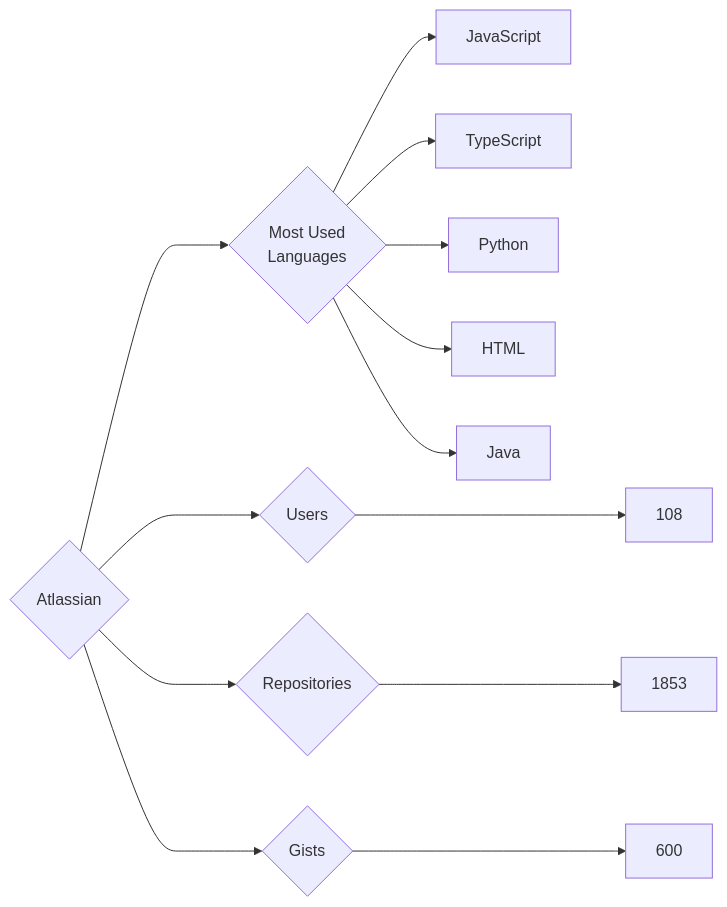
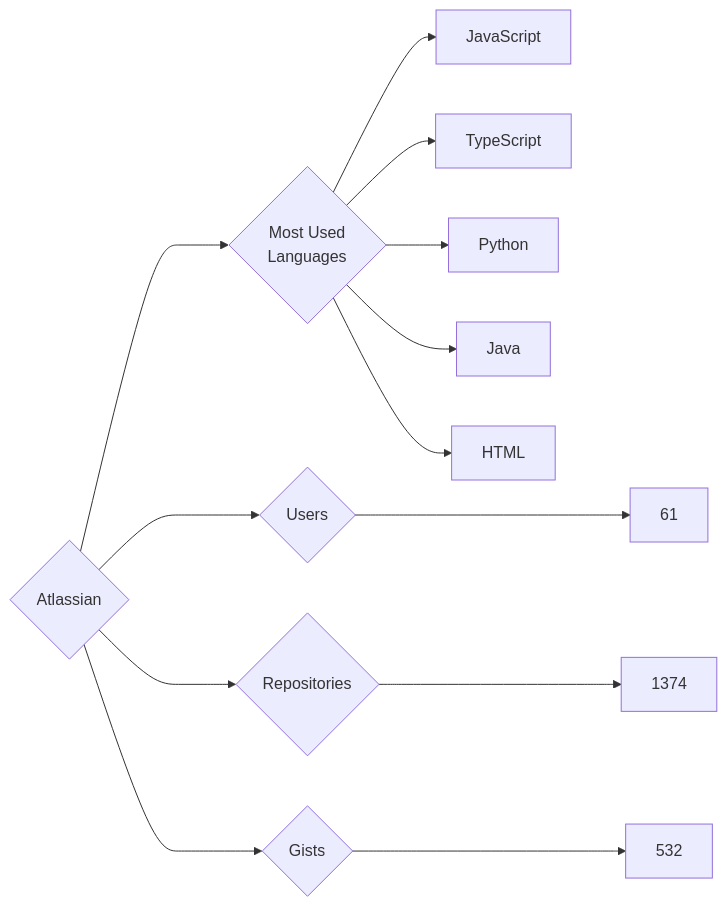
One commit to trickest/insiders changed the diagram in targets/Atlassian/README.md. Above: the diagram before and after it, drawn with Mermaid. The commit also changed 736 other files, not shown here.

````diff
--- a/targets/Atlassian/README.md
+++ b/targets/Atlassian/README.md
@@ -3,13 +3,13 @@
 ```mermaid
 graph LR
 COMPANY_NAME{Atlassian}
-COMPANY_NAME ---> U{Users} ---> UN[108]
-COMPANY_NAME ---> R{Repositories} ---> RN[1853]
-COMPANY_NAME ---> G{Gists} ---> GN[600]
+COMPANY_NAME ---> U{Users} ---> UN[61]
+COMPANY_NAME ---> R{Repositories} ---> RN[1374]
+COMPANY_NAME ---> G{Gists} ---> GN[532]
 COMPANY_NAME ---> ML{Most Used<br>Languages}
 ML --> JavaScript[JavaScript]
 ML --> TypeScript[TypeScript]
 ML --> Python[Python]
+ML --> Java[Java]
 ML --> HTML[HTML]
-ML --> Java[Java]
 ```
````
